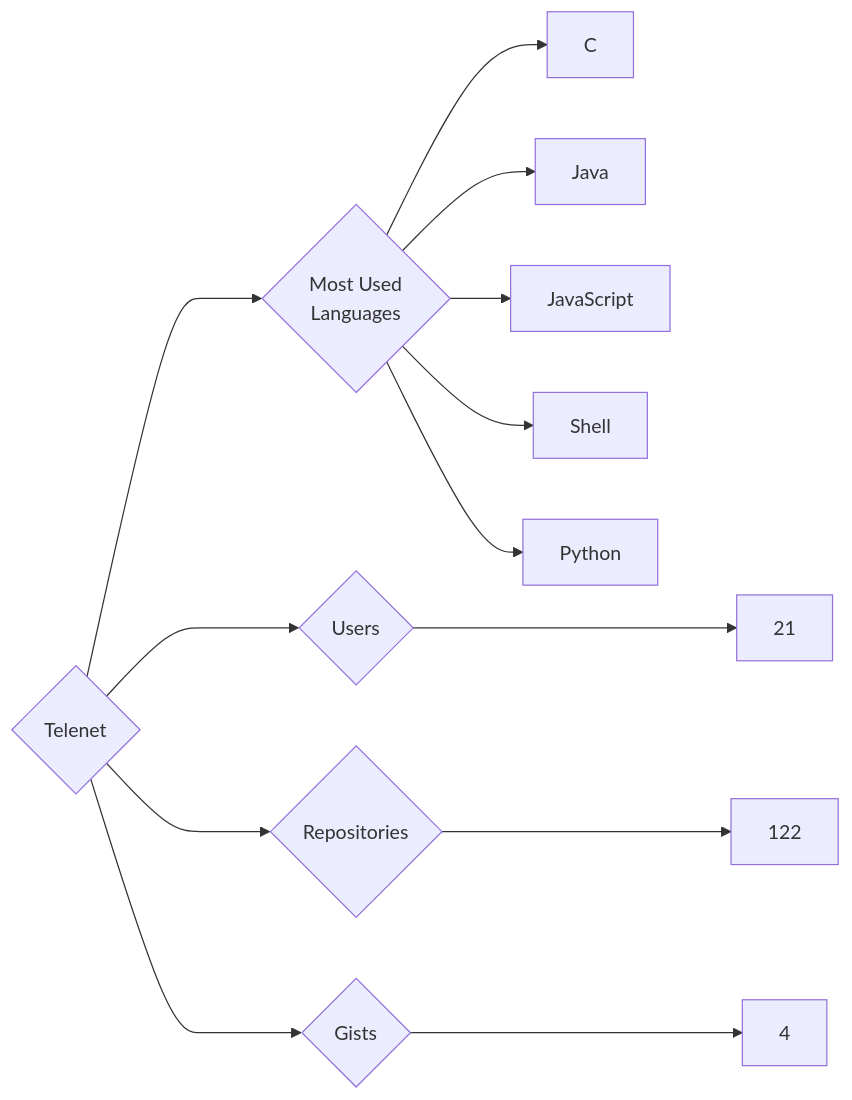
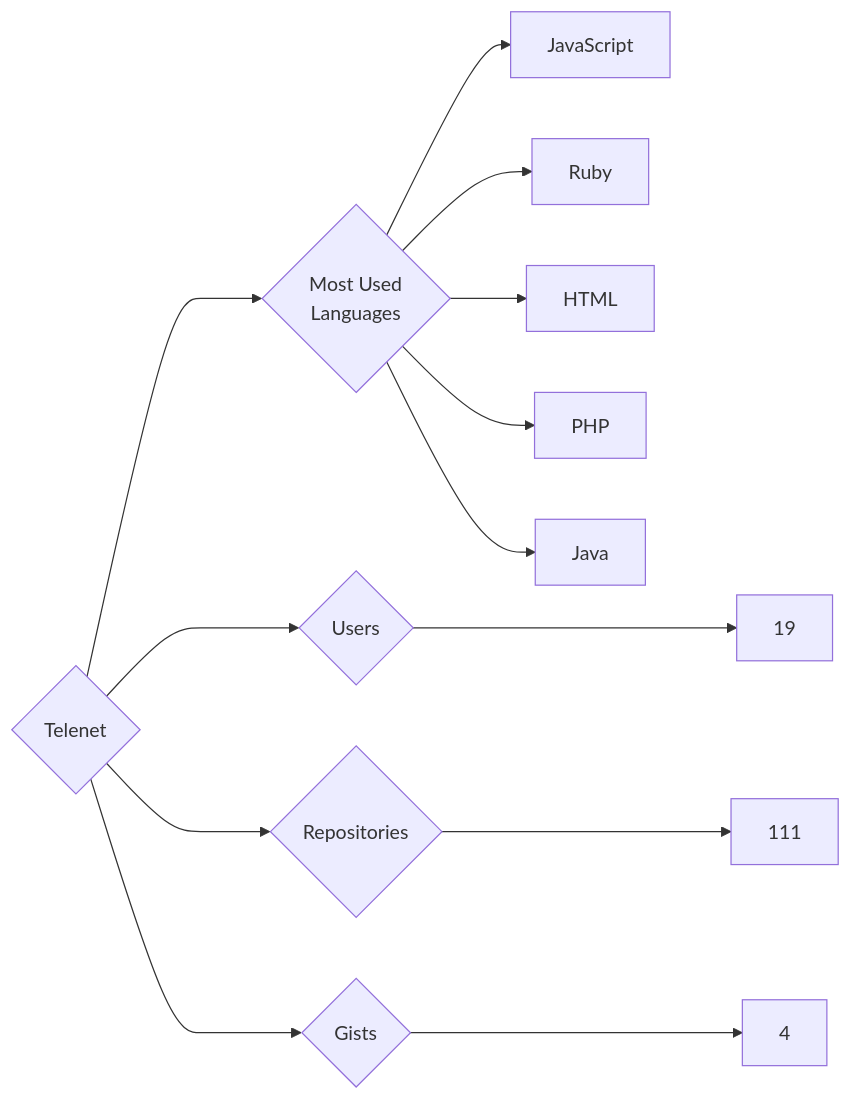
Before and after one commit to trickest/insiders: the diagram in targets/Telenet/README.md, drawn with Mermaid. The commit also changed 682 other files, not shown here.

````diff
--- a/targets/Telenet/README.md
+++ b/targets/Telenet/README.md
@@ -3,13 +3,13 @@
 ```mermaid
 graph LR
 COMPANY_NAME{Telenet}
-COMPANY_NAME ---> U{Users} ---> UN[21]
-COMPANY_NAME ---> R{Repositories} ---> RN[122]
+COMPANY_NAME ---> U{Users} ---> UN[19]
+COMPANY_NAME ---> R{Repositories} ---> RN[111]
 COMPANY_NAME ---> G{Gists} ---> GN[4]
 COMPANY_NAME ---> ML{Most Used<br>Languages}
-ML --> C[C]
+ML --> JavaScript[JavaScript]
+ML --> Ruby[Ruby]
+ML --> HTML[HTML]
+ML --> PHP[PHP]
 ML --> Java[Java]
-ML --> JavaScript[JavaScript]
-ML --> Shell[Shell]
-ML --> Python[Python]
 ```
````
